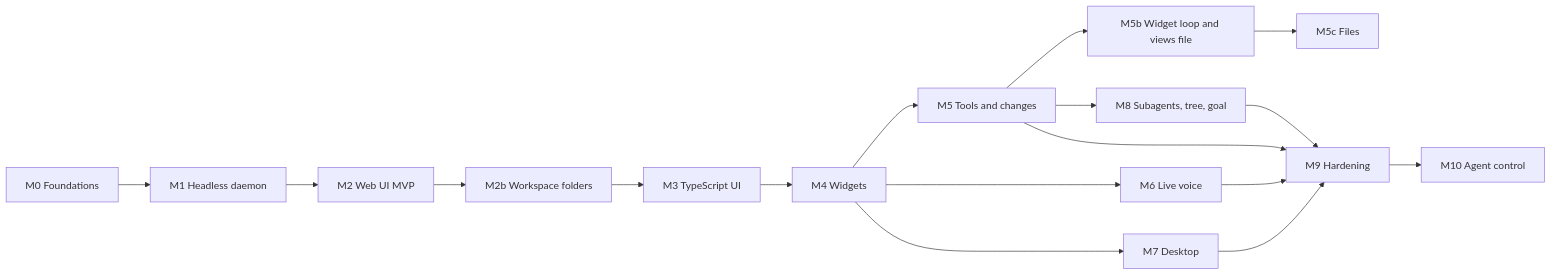
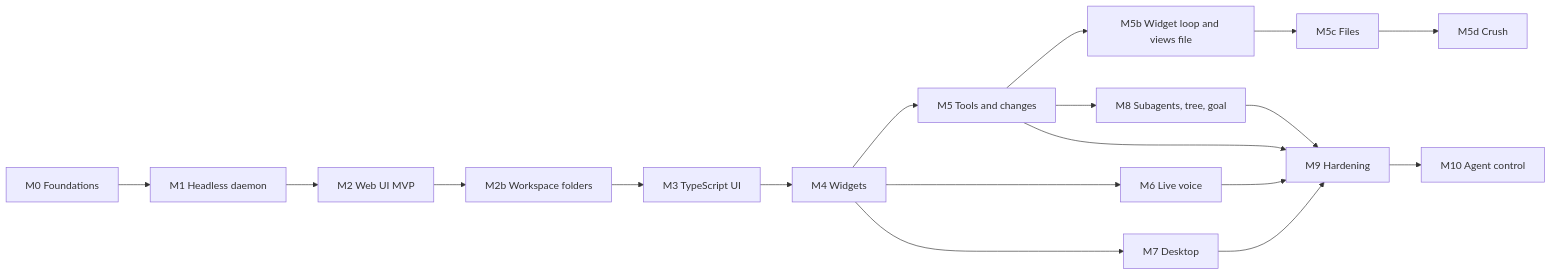
One commit to TonioGela/omfp changed the diagram in docs/specs/07-roadmap.md. Above: the diagram before and after it, drawn with Mermaid. The commit also changed other lines of this file and 47 other files, not shown here.

````diff
--- a/docs/specs/07-roadmap.md
+++ b/docs/specs/07-roadmap.md
@@ -7,10 +7,10 @@
 ```mermaid
 flowchart LR
   M0[M0 Foundations] --> M1[M1 Headless daemon] --> M2[M2 Web UI MVP] --> M2b[M2b Workspace folders]
   M2b --> M3[M3 TypeScript UI] --> M4[M4 Widgets]
-  M4 --> M5[M5 Tools and changes] --> M5b[M5b Widget loop and views file] --> M5c[M5c Files]
+  M4 --> M5[M5 Tools and changes] --> M5b[M5b Widget loop and views file] --> M5c[M5c Files] --> M5d[M5d Crush]
   M4 --> M6[M6 Live voice]
   M4 --> M7[M7 Desktop]
   M5 --> M8[M8 Subagents, tree, goal]
   M5 & M6 & M7 & M8 --> M9[M9 Hardening] --> M10[M10 Agent control]
 ```
````
